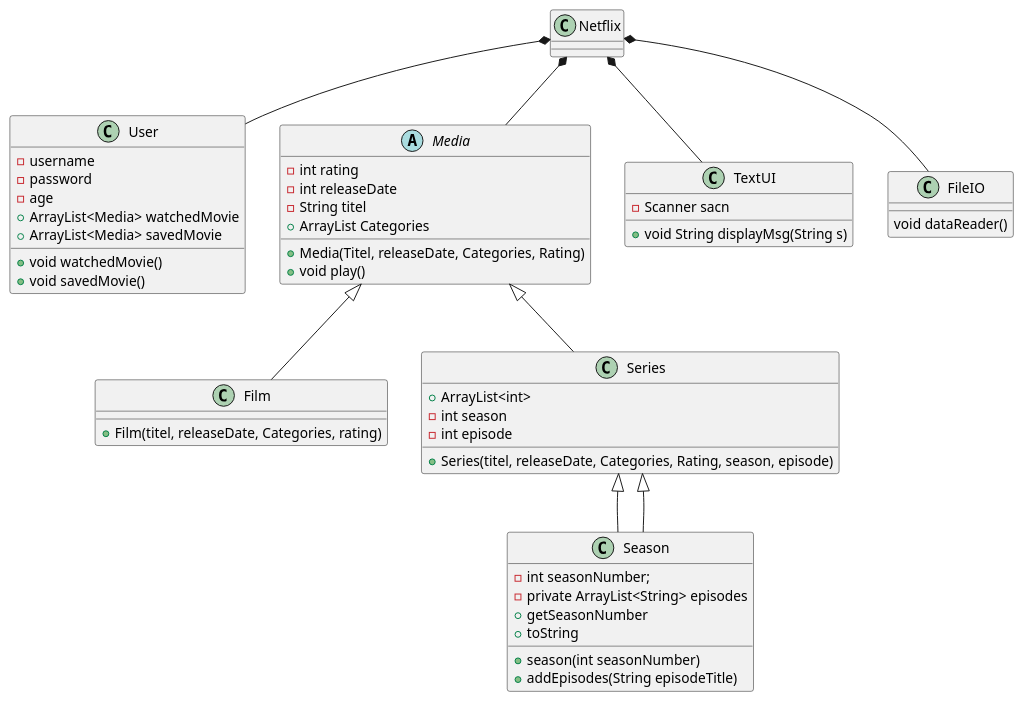
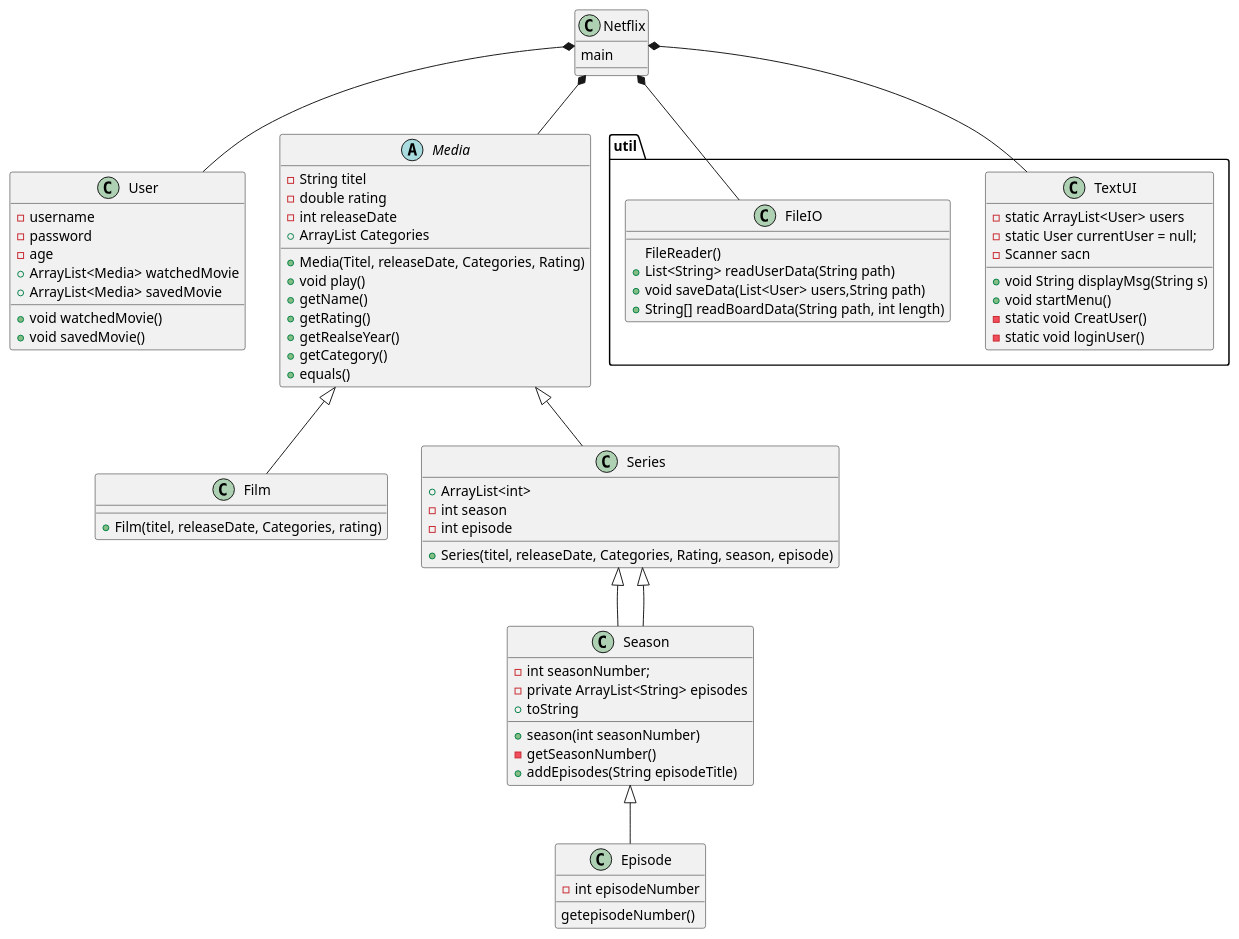
The diagram in .idea/UML/Netflix.puml (MariamE04/SP3), drawn with PlantUML before and after one commit.

Commit message:
ændring i classdiagram i fileIO

```diff
--- a/.idea/UML/Netflix.puml
+++ b/.idea/UML/Netflix.puml
@@ -1,57 +1,80 @@
 @startuml
 'https://plantuml.com/class-diagram
 
-class Netflix{}
+class Netflix{
+main
+}
 class User{
 - username
 - password
 - age
 + ArrayList<Media> watchedMovie
 + ArrayList<Media> savedMovie
 + void watchedMovie()
 + void savedMovie()
  }
 
 abstract class Media{
--int rating
+-String titel
+-double rating
 -int releaseDate
- -String titel
  +ArrayList Categories
  +Media(Titel, releaseDate, Categories, Rating)
  + void play()
+ +getName()
+ +getRating()
+ +getRealseYear()
+ +getCategory()
+ +equals()
 
 }
 class Film{
 +Film(titel, releaseDate, Categories, rating)
 }
 class Series {
 + ArrayList<int>
 -int season
 -int episode
 +Series(titel, releaseDate, Categories, Rating, season, episode)
 }
 class Season extends Series{
 -int seasonNumber;
 -private ArrayList<String> episodes
 +season(int seasonNumber)
-+getSeasonNumber
+-getSeasonNumber()
 +addEpisodes(String episodeTitle)
 +toString
 }
 
+class Episode{
+-int episodeNumber
+getepisodeNumber()
+
+}
+package "util"{
 class TextUI{
+-static ArrayList<User> users
+-static User currentUser = null;
 -Scanner sacn
 + void String displayMsg(String s)
++void startMenu()
+-static void CreatUser()
+-static void loginUser()
 }
 class FileIO{
-void dataReader()
+FileReader()
++List<String> readUserData(String path)
++void saveData(List<User> users,String path)
++String[] readBoardData(String path, int length)
+    }
 }
 
 Netflix *-- User
 Netflix *-- Media
 Media <|-- Film
 Media <|-- Series
 Series <|-- Season
+Season <|-- Episode
 Netflix *-- FileIO
 Netflix *-- TextUI
 @enduml
```
